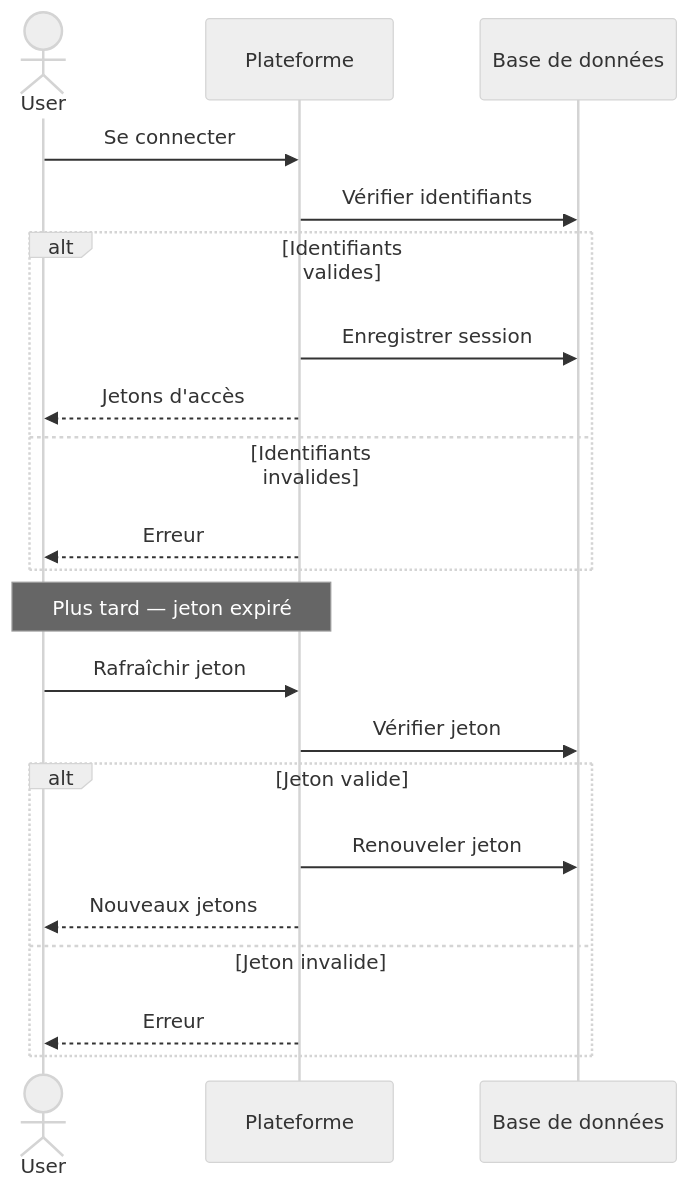
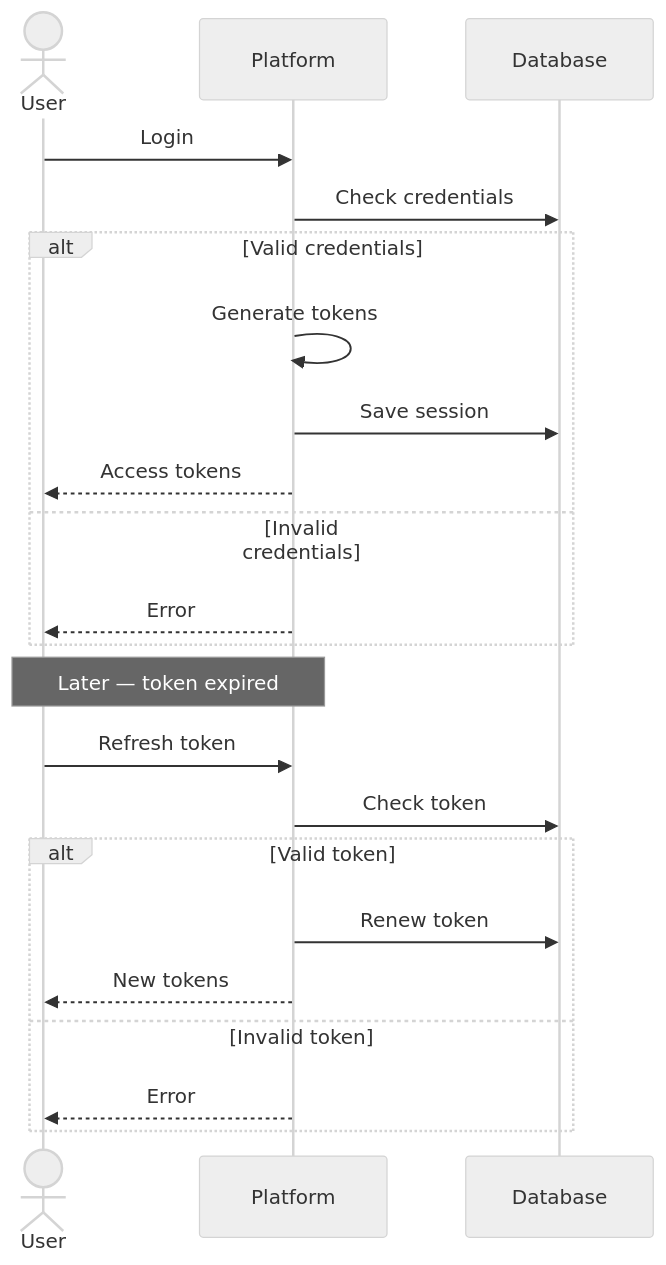
Before and after one commit to MohamedChebbi123/teamnest: the second of 16 diagrams in docs/SEQUENCE_DIAGRAMS.md, drawn with Mermaid (neutral theme). The commit also changed other lines of this file, not shown here.

````diff
--- a/docs/SEQUENCE_DIAGRAMS.md
+++ b/docs/SEQUENCE_DIAGRAMS.md
@@ -64,26 +65,27 @@
 ```mermaid
 sequenceDiagram
     actor User
-    participant API as Plateforme
-    participant DB as Base de données
+    participant API as Platform
+    participant DB as Database
 
-    User->>API: Se connecter
-    API->>DB: Vérifier identifiants
-    alt Identifiants valides
-        API->>DB: Enregistrer session
-        API-->>User: Jetons d'accès
-    else Identifiants invalides
-        API-->>User: Erreur
+    User->>API: Login
+    API->>DB: Check credentials
+    alt Valid credentials
+        API->>API: Generate tokens
+        API->>DB: Save session
+        API-->>User: Access tokens
+    else Invalid credentials
+        API-->>User: Error
     end
 
-    Note over User,API: Plus tard — jeton expiré
+    Note over User,API: Later — token expired
 
-    User->>API: Rafraîchir jeton
-    API->>DB: Vérifier jeton
-    alt Jeton valide
-        API->>DB: Renouveler jeton
-        API-->>User: Nouveaux jetons
-    else Jeton invalide
-        API-->>User: Erreur
+    User->>API: Refresh token
+    API->>DB: Check token
+    alt Valid token
+        API->>DB: Renew token
+        API-->>User: New tokens
+    else Invalid token
+        API-->>User: Error
     end
 ```
````
